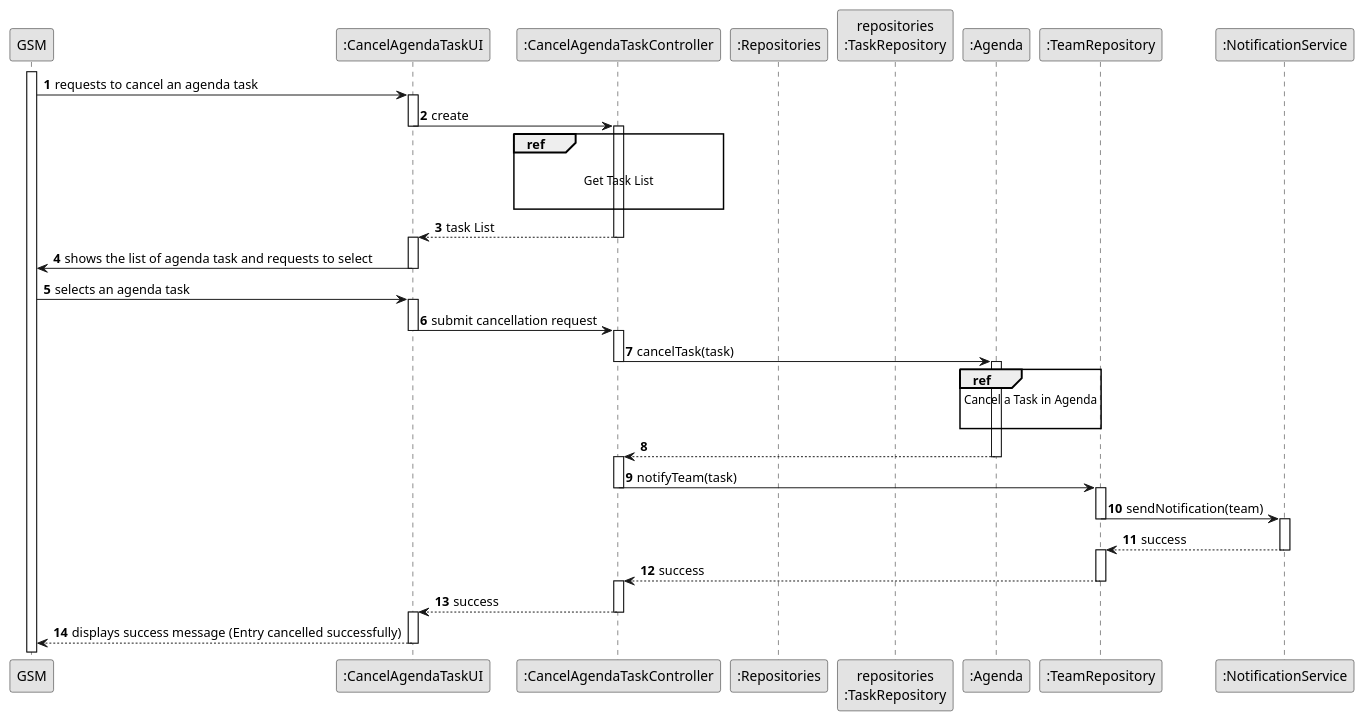
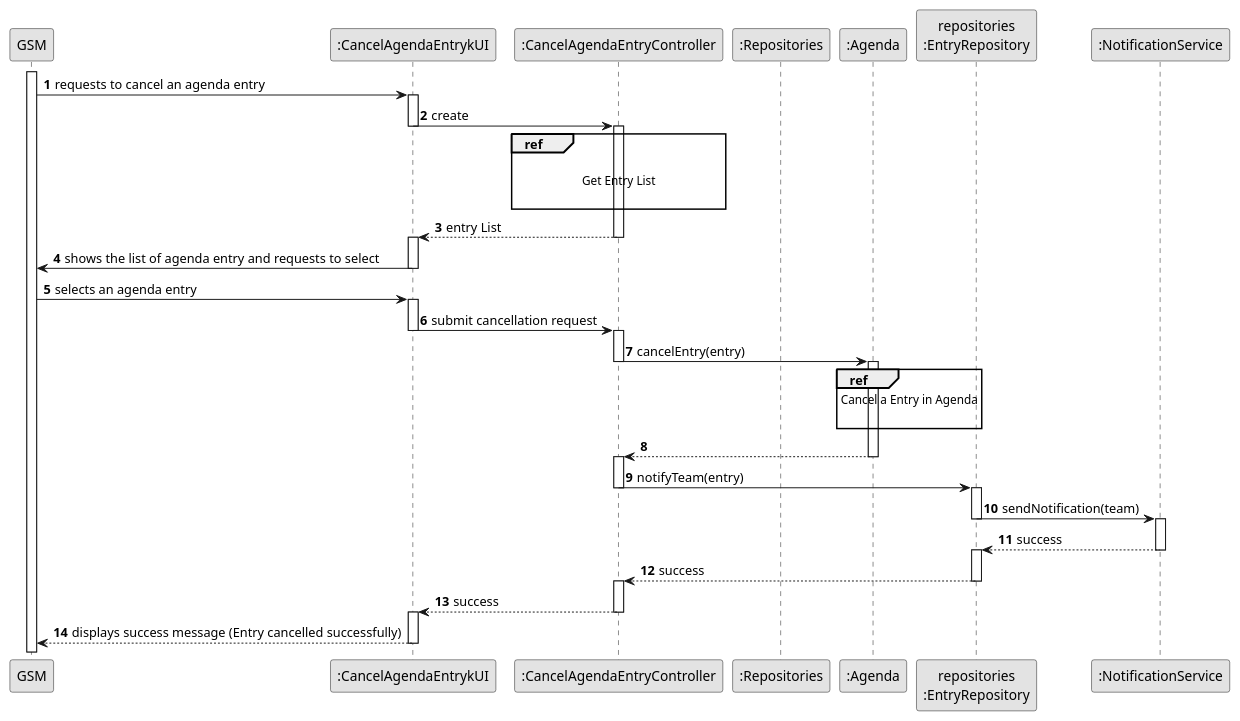
The diagram in docs/sprintC/us025/03.design/puml/us025-sequence-diagram-split.puml (ricardomm7/leaflink), drawn with PlantUML before and after one commit. The commit also changed 30 other files, not shown here.

Commit message:
Change Task to Entry in US24, US25, US29; Update domain model; Send verification from UI to Domain (Vehicle)

```diff
--- a/docs/sprintC/us025/03.design/puml/us025-sequence-diagram-split.puml
+++ b/docs/sprintC/us025/03.design/puml/us025-sequence-diagram-split.puml
@@ -1,81 +1,81 @@
 @startuml
 skinparam monochrome true
 skinparam packageStyle rectangle
 skinparam shadowing false
 
 'title System Sequence Diagram (SSD) - US006
 
 autonumber
 
 participant "GSM" as GSM
-participant ":CancelAgendaTaskUI" as UI
-participant ":CancelAgendaTaskController" as CTRL
+participant ":CancelAgendaEntrykUI" as UI
+participant ":CancelAgendaEntryController" as CTRL
 participant ":Repositories" as RepositorySingleton
-participant "repositories\n:TaskRepository" as TaskRepo
+participant "repositories\n:EntryRepository" as EntryRepo
 participant ":Agenda" as Agenda
-participant ":TeamRepository" as TeamRepo
+participant ":TeamRepository" as EntryRepo
 participant ":NotificationService" as NotificationService
 
 activate GSM
-    GSM -> UI : requests to cancel an agenda task
+    GSM -> UI : requests to cancel an agenda entry
     activate UI
 
        UI -> CTRL : create
        deactivate UI
        activate CTRL
 
        ref over CTRL
 
-          Get Task List
+          Get Entry List
 
        end ref
 
-           CTRL --> UI : task List
+           CTRL --> UI : entry List
        deactivate CTRL
        activate UI
 
-        UI -> GSM : shows the list of agenda task and requests to select
+        UI -> GSM : shows the list of agenda entry and requests to select
     deactivate UI
 
-    GSM -> UI : selects an agenda task
+    GSM -> UI : selects an agenda entry
     activate UI
 
         UI -> CTRL : submit cancellation request
         deactivate UI
         activate CTRL
 
-            CTRL -> Agenda : cancelTask(task)
+            CTRL -> Agenda : cancelEntry(entry)
             deactivate CTRL
             activate Agenda
 
         ref over Agenda
-            Cancel a Task in Agenda
+            Cancel a Entry in Agenda
 
         end ref
                 Agenda --> CTRL :
             deactivate Agenda
             activate CTRL
 
-            CTRL -> TeamRepo : notifyTeam(task)
+            CTRL -> EntryRepo : notifyTeam(entry)
             deactivate CTRL
-            activate TeamRepo
+            activate EntryRepo
 
-                TeamRepo -> NotificationService : sendNotification(team)
-                deactivate TeamRepo
+                EntryRepo -> NotificationService : sendNotification(team)
+                deactivate EntryRepo
                 activate NotificationService
 
-                    NotificationService --> TeamRepo : success
+                    NotificationService --> EntryRepo : success
                 deactivate NotificationService
-                activate TeamRepo
+                activate EntryRepo
 
-            TeamRepo --> CTRL : success
-            deactivate TeamRepo
+            EntryRepo --> CTRL : success
+            deactivate EntryRepo
             activate CTRL
 
             CTRL --> UI : success
         deactivate CTRL
         activate UI
 
         UI --> GSM : displays success message (Entry cancelled successfully)
     deactivate UI
 @enduml
```
